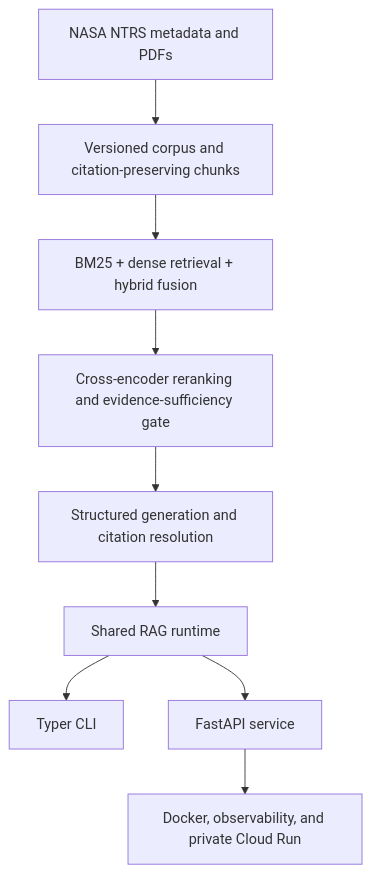
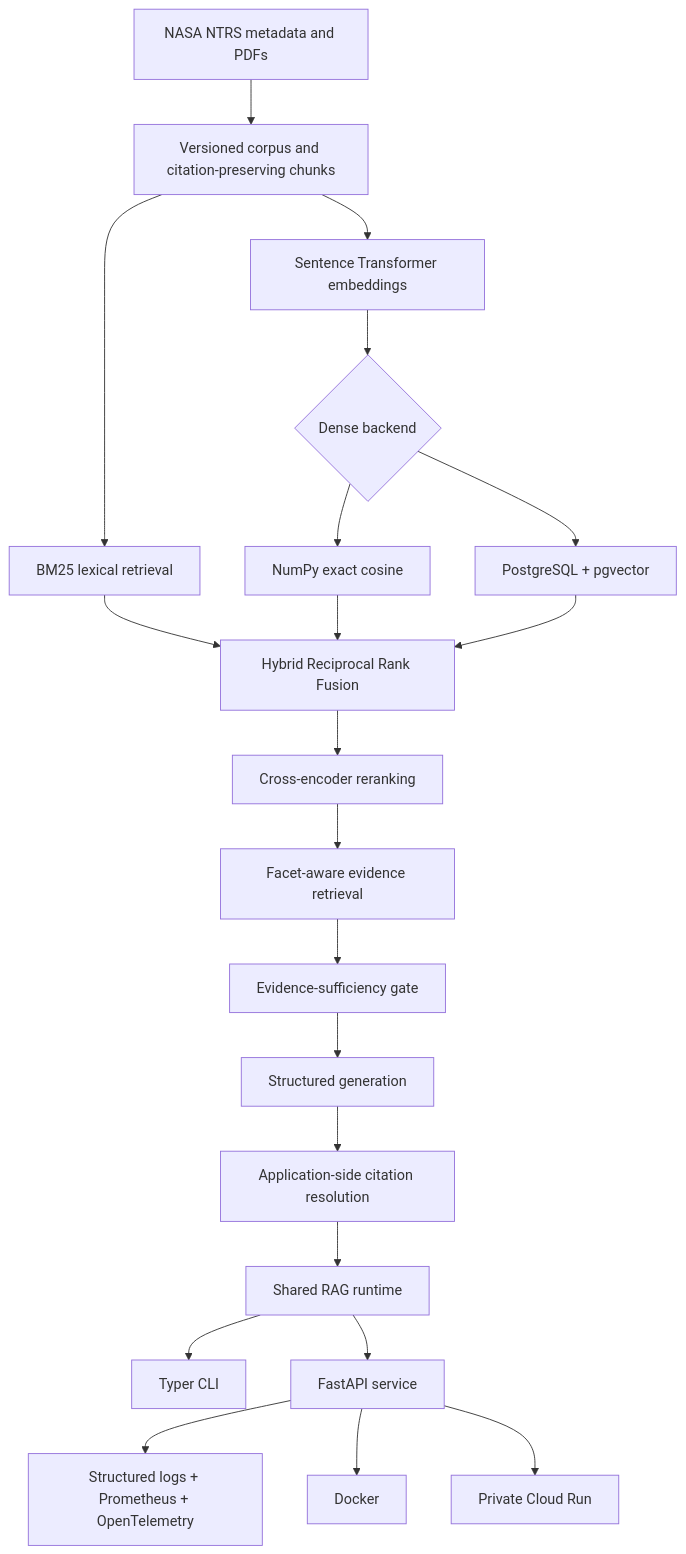
The diagram in README.md (triasha72/AeroRAG-X), drawn with Mermaid before and after one commit. The commit also changed other lines of this file and 6 other files, not shown here.

````diff
--- a/README.md
+++ b/README.md
@@ -11,11 +13,29 @@
 ```mermaid
 flowchart TD
     A["NASA NTRS metadata and PDFs"] --> B["Versioned corpus and citation-preserving chunks"]
-    B --> C["BM25 + dense retrieval + hybrid fusion"]
-    C --> D["Cross-encoder reranking and evidence-sufficiency gate"]
-    D --> E["Structured generation and citation resolution"]
-    E --> F["Shared RAG runtime"]
-    F --> G["Typer CLI"]
-    F --> H["FastAPI service"]
-    H --> I["Docker, observability, and private Cloud Run"]
+
+    B --> C["BM25 lexical retrieval"]
+    B --> D["Sentence Transformer embeddings"]
+
+    D --> E{"Dense backend"}
+    E --> F["NumPy exact cosine"]
+    E --> G["PostgreSQL + pgvector"]
+
+    C --> H["Hybrid Reciprocal Rank Fusion"]
+    F --> H
+    G --> H
+
+    H --> I["Cross-encoder reranking"]
+    I --> J["Facet-aware evidence retrieval"]
+    J --> K["Evidence-sufficiency gate"]
+    K --> L["Structured generation"]
+    L --> M["Application-side citation resolution"]
+
+    M --> N["Shared RAG runtime"]
+    N --> O["Typer CLI"]
+    N --> P["FastAPI service"]
+
+    P --> Q["Structured logs + Prometheus + OpenTelemetry"]
+    P --> R["Docker"]
+    P --> S["Private Cloud Run"]
 ```
````
